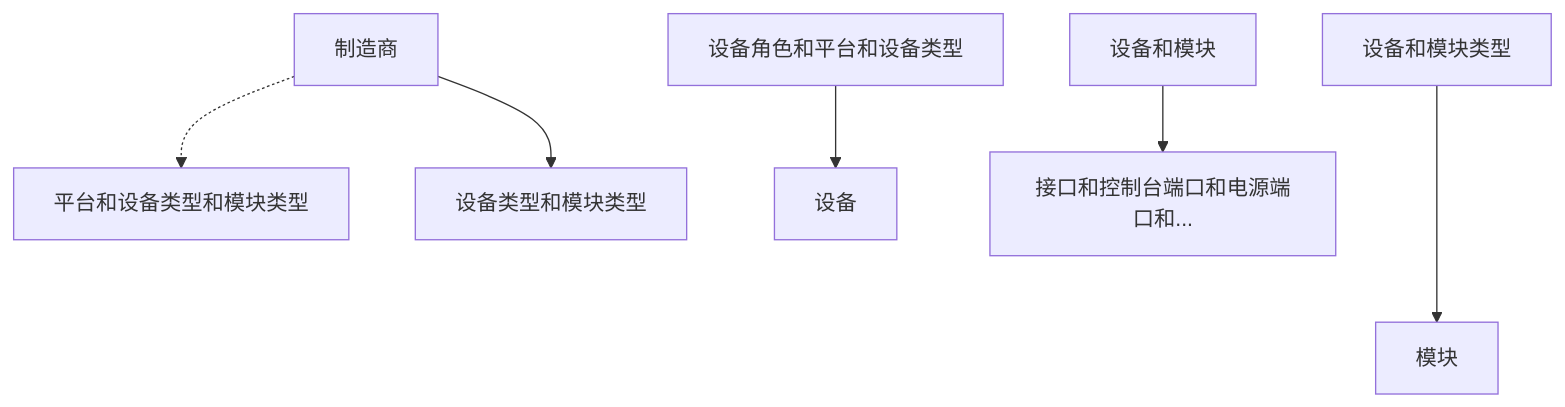
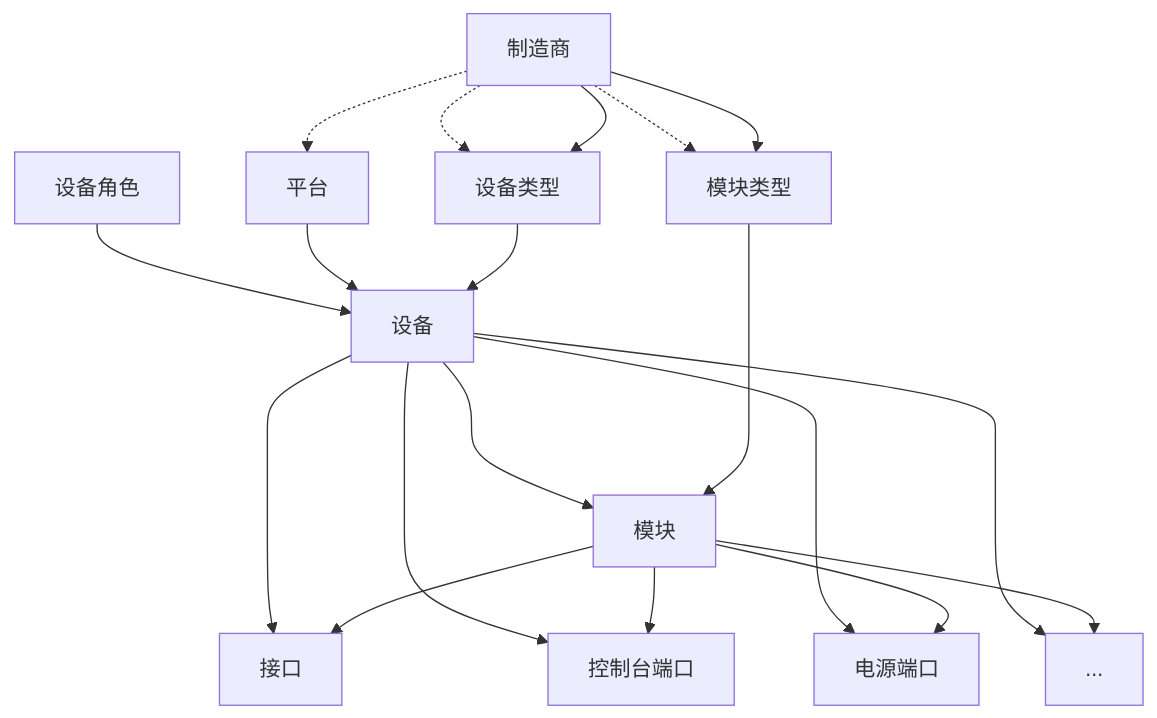
Before and after one commit to zituoguan/netbox: the first of 2 diagrams in docs/features/devices-cabling.md, drawn with Mermaid. The commit also changed 36 other files, not shown here.

````diff
--- a/docs/features/devices-cabling.md
+++ b/docs/features/devices-cabling.md
@@ -7,16 +7,16 @@
 ```mermaid
 flowchart TD
-    制造商 -.-> 平台和设备类型和模块类型
-    制造商 --> 设备类型和模块类型
-    设备角色和平台和设备类型 --> 设备
-    设备和模块类型 ---> 模块
-    设备和模块 --> 接口和控制台端口和电源端口和...
+    制造商 -.-> 平台 & 设备类型 & 模块类型
+    制造商 --> 设备类型 & 模块类型
+    设备角色 & 平台 & 设备类型 --> 设备
+    设备 & 模块类型 ---> 模块
+    设备 & 模块 --> 接口 & 控制台端口 & 电源端口 & ...
 
 click 设备 "../../models/dcim/device/"
 click 设备角色 "../../models/dcim/devicerole/"
 click 设备类型 "../../models/dcim/devicetype/"
 click 制造商 "../../models/dcim/manufacturer/"
 click 模块 "../../models/dcim/module/"
 click 模块类型 "../../models/dcim/moduletype/"
 click 平台 "../../models/dcim/platform/"
 ```
````
